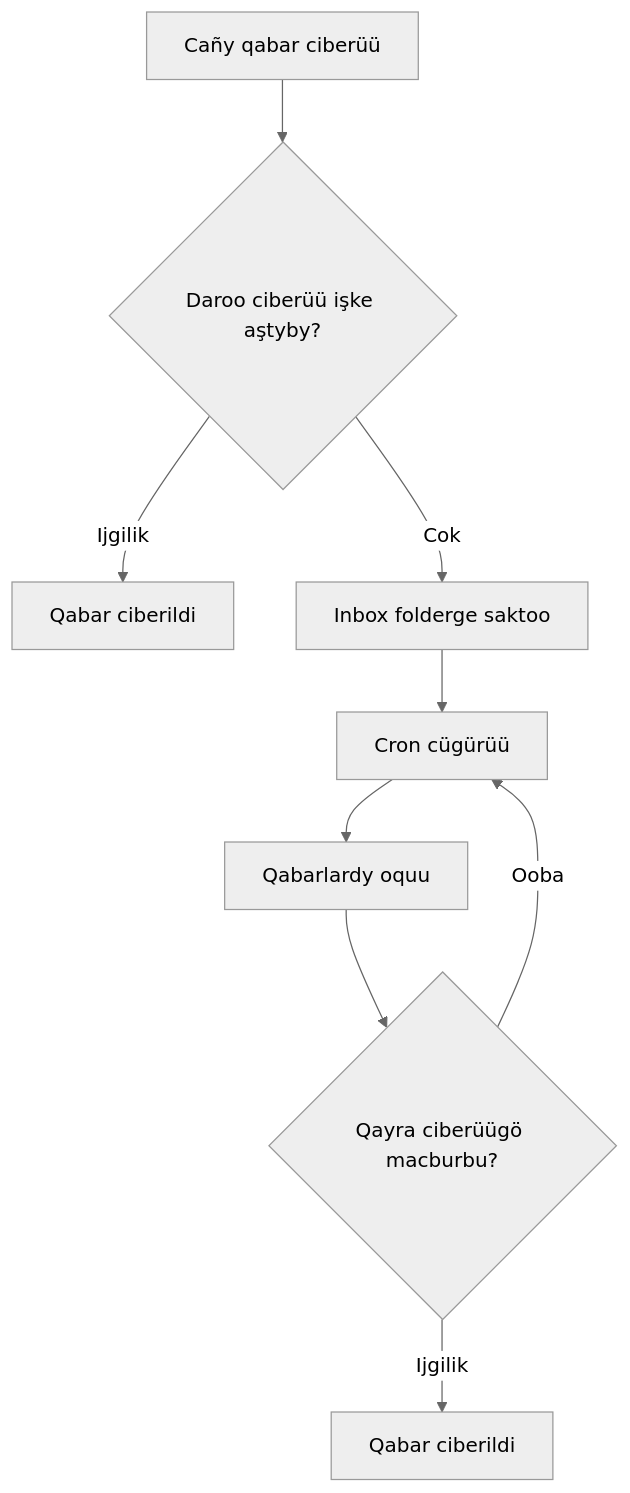
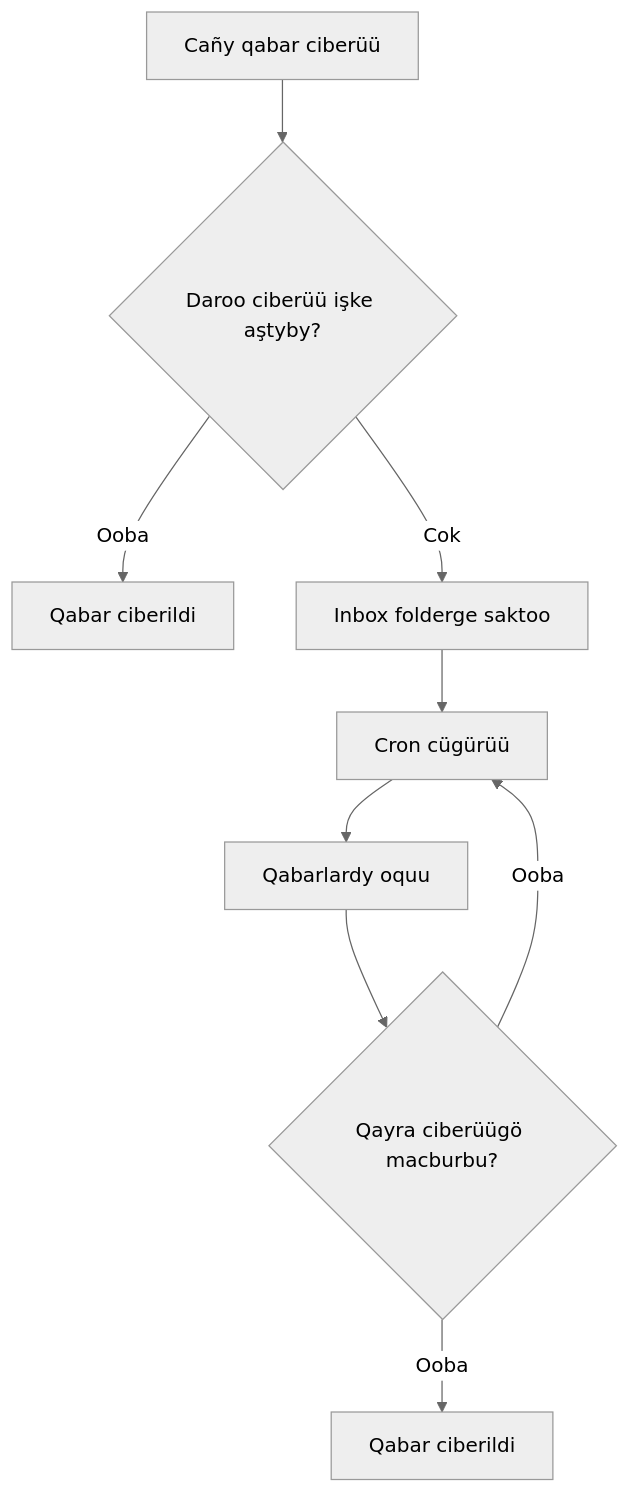
One commit to sultaniman/kpow changed the second of 2 diagrams in docs/qy/developer-guide.md. Above: the diagram before and after it, drawn with Mermaid (neutral theme). The commit also changed 1 other file, not shown here.

Commit message:
update mermaid branches for qyrgyz translation

````diff
--- a/docs/qy/developer-guide.md
+++ b/docs/qy/developer-guide.md
@@ -84,11 +84,11 @@
 ```mermaid
 flowchart TD
     A[Cañy qabar ciberüü] --> B{Daroo ciberüü işke aştyby?}
-    B -- Ijgilik --> C[Qabar ciberildi]
+    B -- Ooba --> C[Qabar ciberildi]
     B -- Cok --> D[Inbox folderge saktoo]
     D --> E[Cron cügürüü]
     E --> F[Qabarlardy oquu]
     F --> G{Qayra ciberüügö macburbu?}
-    G -- Ijgilik --> H[Qabar ciberildi]
+    G -- Ooba --> H[Qabar ciberildi]
     G -- Ooba --> E
 ```
````
